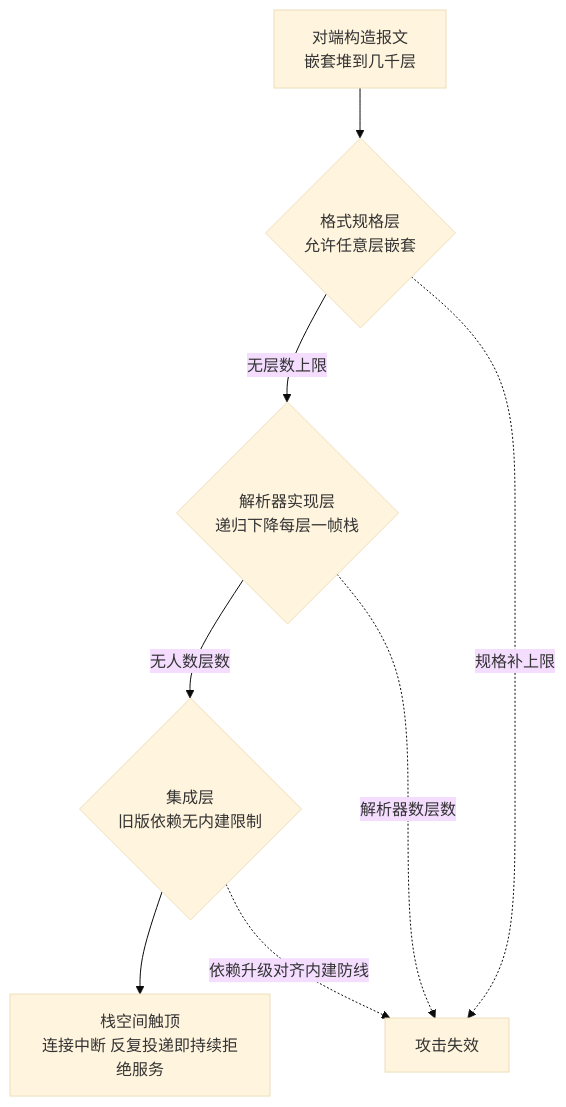
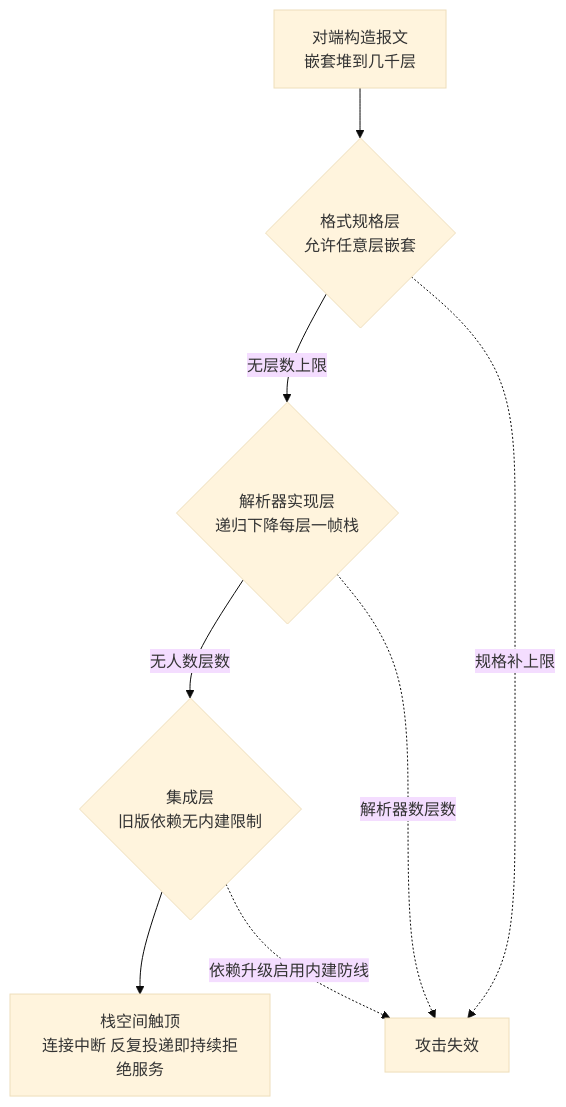
One commit to hub138/technical-knowledge changed the first of 2 diagrams in vault/工程知识/缺陷分析：从个案到体系/安全/解析器的递归深度：对端可以决定你的调用栈有多深.md. Above: the diagram before and after it, drawn with Mermaid (base theme). The commit also changed other lines of this file and 622 other files, not shown here.

````diff
--- a/vault/工程知识/缺陷分析：从个案到体系/安全/解析器的递归深度：对端可以决定你的调用栈有多深.md
+++ b/vault/工程知识/缺陷分析：从个案到体系/安全/解析器的递归深度：对端可以决定你的调用栈有多深.md
@@ -44,10 +73,10 @@
 ```mermaid
 flowchart TB
     a["对端构造报文<br/>嵌套堆到几千层"] --> s1{"格式规格层<br/>允许任意层嵌套"}
     s1 -->|"无层数上限"| s2{"解析器实现层<br/>递归下降每层一帧栈"}
     s2 -->|"无人数层数"| s3{"集成层<br/>旧版依赖无内建限制"}
     s3 --> e["栈空间触顶<br/>连接中断 反复投递即持续拒绝服务"]
     s1 -.->|"规格补上限"| x["攻击失效"]
     s2 -.->|"解析器数层数"| x
-    s3 -.->|"依赖升级对齐内建防线"| x
+    s3 -.->|"依赖升级启用内建防线"| x
 ```
````
